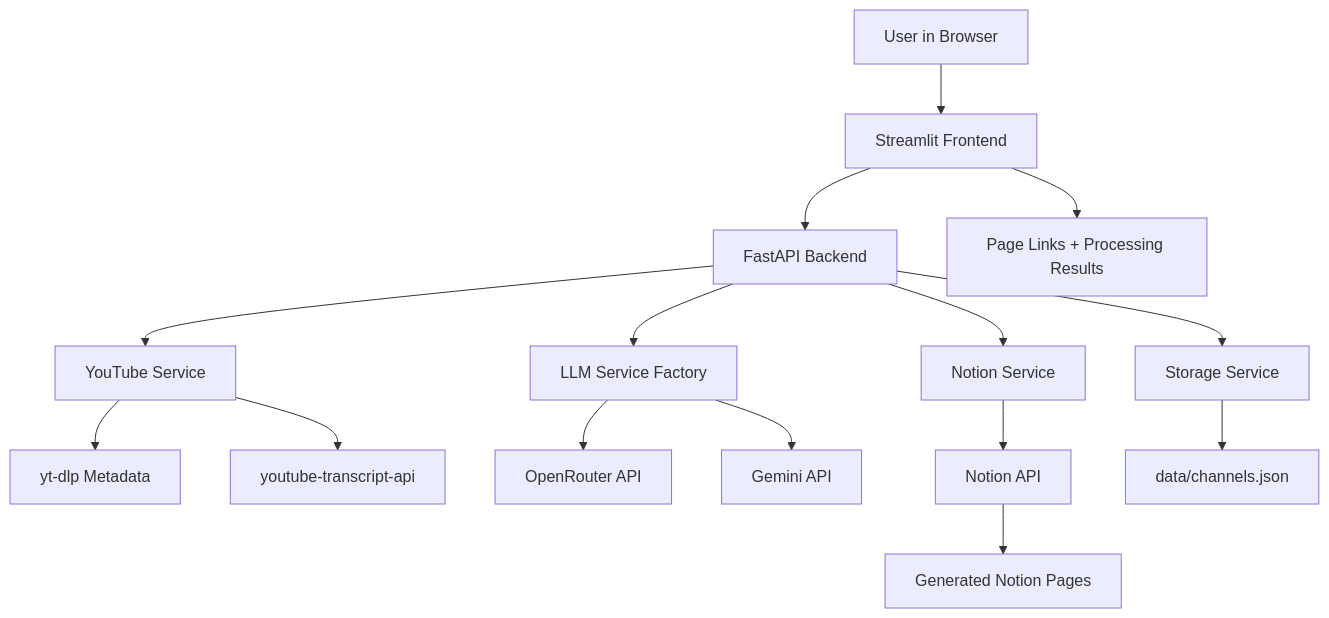
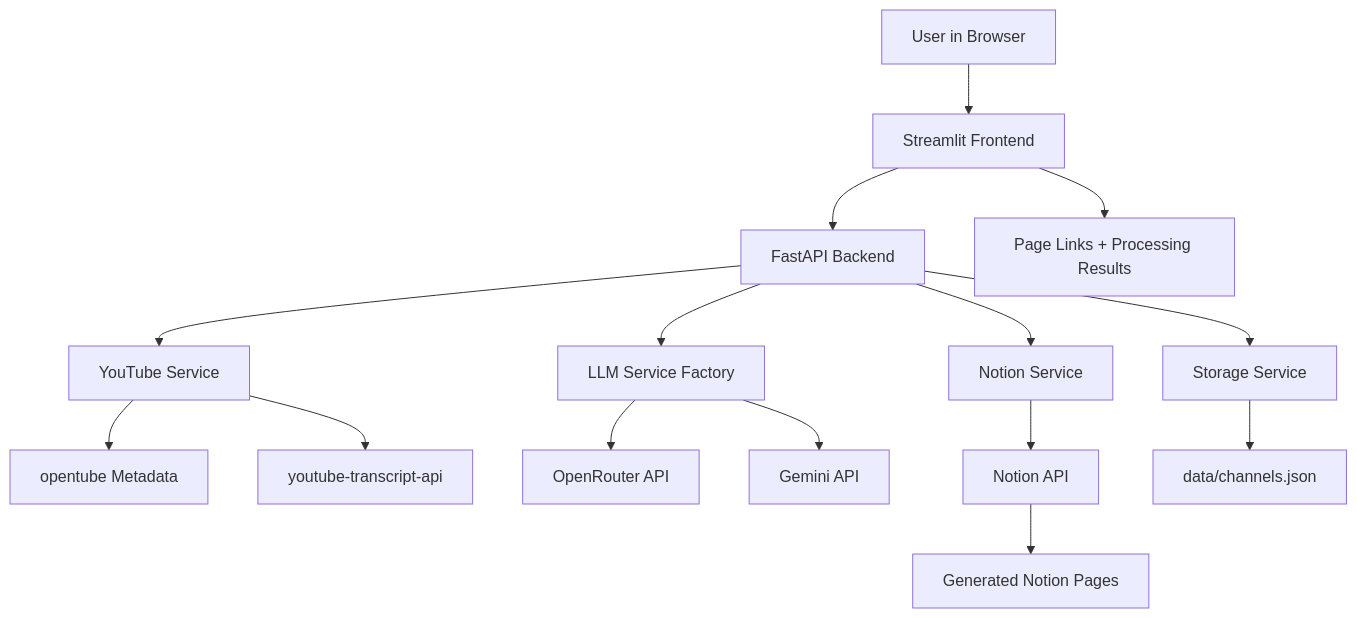
Before and after one commit to egineer-abm/YtNotesGuide: the diagram in README.md, drawn with Mermaid. The commit also changed other lines of this file and 30 other files, not shown here.

Commit message:
added OpenTube remove yt-dlp

````diff
--- a/README.md
+++ b/README.md
@@ -78,22 +78,22 @@
 ```mermaid
 flowchart TD
     User[User in Browser] --> UI[Streamlit Frontend]
     UI --> API[FastAPI Backend]
 
     API --> YT[YouTube Service]
-    YT --> YTDLP[yt-dlp Metadata]
+    YT --> OpenTube[opentube Metadata]
     YT --> TranscriptAPI[youtube-transcript-api]
 
     API --> LLM[LLM Service Factory]
     LLM --> OpenRouter[OpenRouter API]
     LLM --> Gemini[Gemini API]
 
     API --> Notion[Notion Service]
     Notion --> NotionAPI[Notion API]
 
     API --> Storage[Storage Service]
     Storage --> Channels[data/channels.json]
 
     NotionAPI --> Pages[Generated Notion Pages]
     UI --> Links[Page Links + Processing Results]
 ```
````
